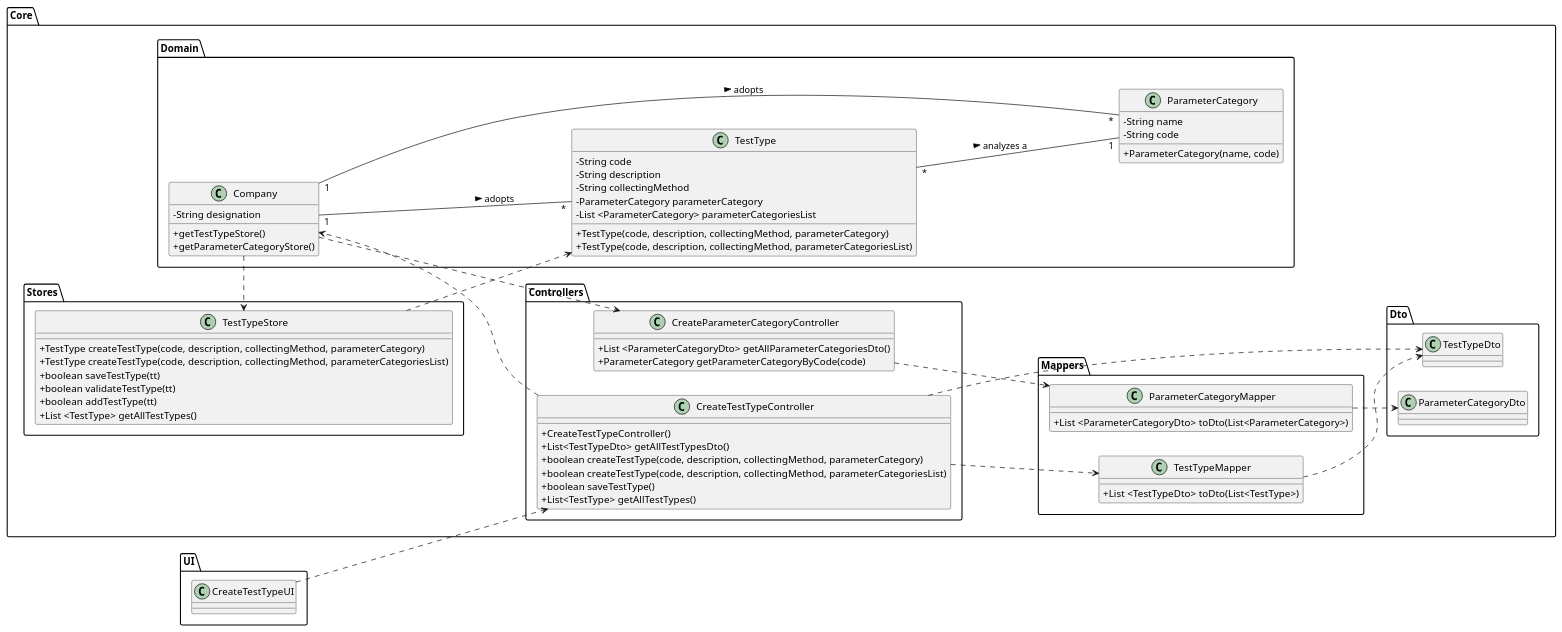
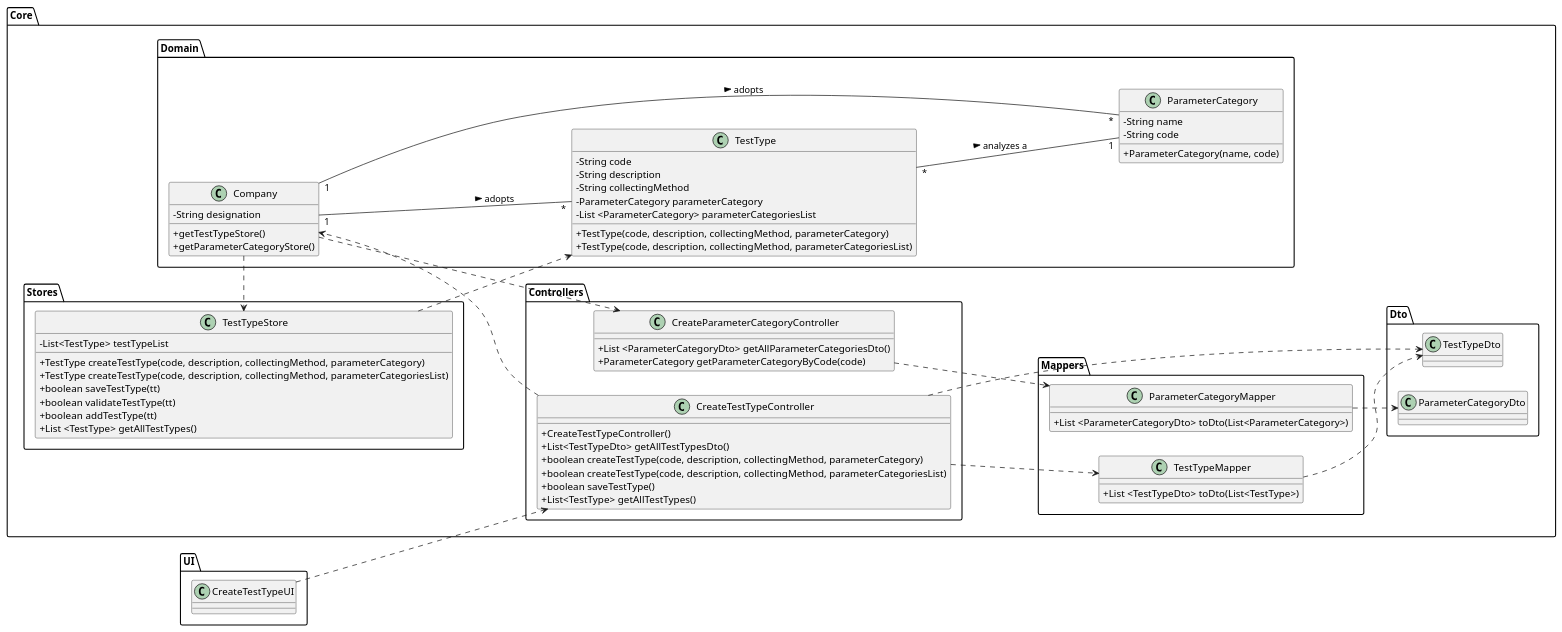
One commit to 0franciscor/lei-21-s2-1de-g19 changed the diagram in docs/SprintC/US09/US09-CD.puml. Above: the diagram before and after it, drawn with PlantUML. The commit also changed 13 other files, not shown here.

Commit message:
[US15 e US9] - Alteração dos diagramas SD, CD e SSD, MD

```diff
--- a/docs/SprintC/US09/US09-CD.puml
+++ b/docs/SprintC/US09/US09-CD.puml
@@ -1,107 +1,108 @@
 @startuml
 skinparam classAttributeIconSize 0
 left to right direction
 
 package Core{
 
 package Domain{
 class "Company" as C {
 -String designation
 +getTestTypeStore()
 +getParameterCategoryStore()
 }
 
 class "ParameterCategory" as PC{
 -String name
 -String code
 +ParameterCategory(name, code)
 }
 
 class "TestType" as TT {
 -String code
 -String description
 -String collectingMethod
 -ParameterCategory parameterCategory
 -List <ParameterCategory> parameterCategoriesList
 +TestType(code, description, collectingMethod, parameterCategory)
 +TestType(code, description, collectingMethod, parameterCategoriesList)
 }
 
 }
 
 
 
 package Stores{
 class "TestTypeStore" as TTS{
+-List<TestType> testTypeList
 +TestType createTestType(code, description, collectingMethod, parameterCategory)
 +TestType createTestType(code, description, collectingMethod, parameterCategoriesList)
 +boolean saveTestType(tt)
 +boolean validateTestType(tt)
 +boolean addTestType(tt)
 +List <TestType> getAllTestTypes()
 }
 }
 
 
 
 package Controllers{
 class "CreateTestTypeController" as CTTC {
 +CreateTestTypeController()
 +List<TestTypeDto> getAllTestTypesDto()
 +boolean createTestType(code, description, collectingMethod, parameterCategory)
 +boolean createTestType(code, description, collectingMethod, parameterCategoriesList)
 +boolean saveTestType()
 +List<TestType> getAllTestTypes()
 }
 
 
 
 class "CreateParameterCategoryController" as CPCS{
 +List <ParameterCategoryDto> getAllParameterCategoriesDto()
 +ParameterCategory getParameterCategoryByCode(code)
 }
 
 }
 
 package Mappers{
 class "TestTypeMapper" as ttM{
 +List <TestTypeDto> toDto(List<TestType>)
 }
 
 class "ParameterCategoryMapper" as pcM{
 +List <ParameterCategoryDto> toDto(List<ParameterCategory>)
 }
 
 }
 
 
 package Dto{
 class "TestTypeDto" as ttDto{
 }
 
 class "ParameterCategoryDto" as pcDto{
 }
 
 }
 
 }
 package UI{
 class "CreateTestTypeUI" as CTTUI
 }
 
 CTTUI ..> CTTC
 C ..> CPCS
 C ..> TTS
 CTTC ..> C
 CTTC ..> ttM
 CTTC ..> ttDto
 TT "*" -- "1" PC : > analyzes a
 TTS ..> TT
 ttM ..> ttDto
 pcM ..> pcDto
 CPCS ..> pcM
 
 C "1" -- "*" TT : > adopts
 C "1" -- "*" PC : > adopts
 
 @enduml
```
